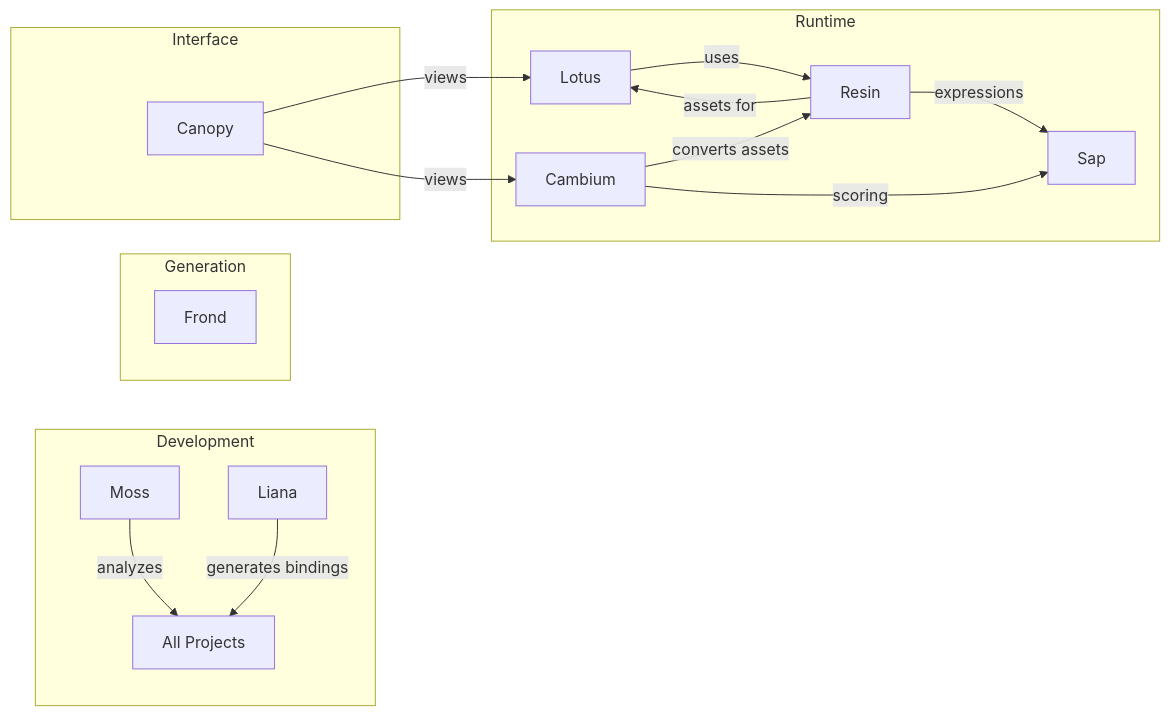
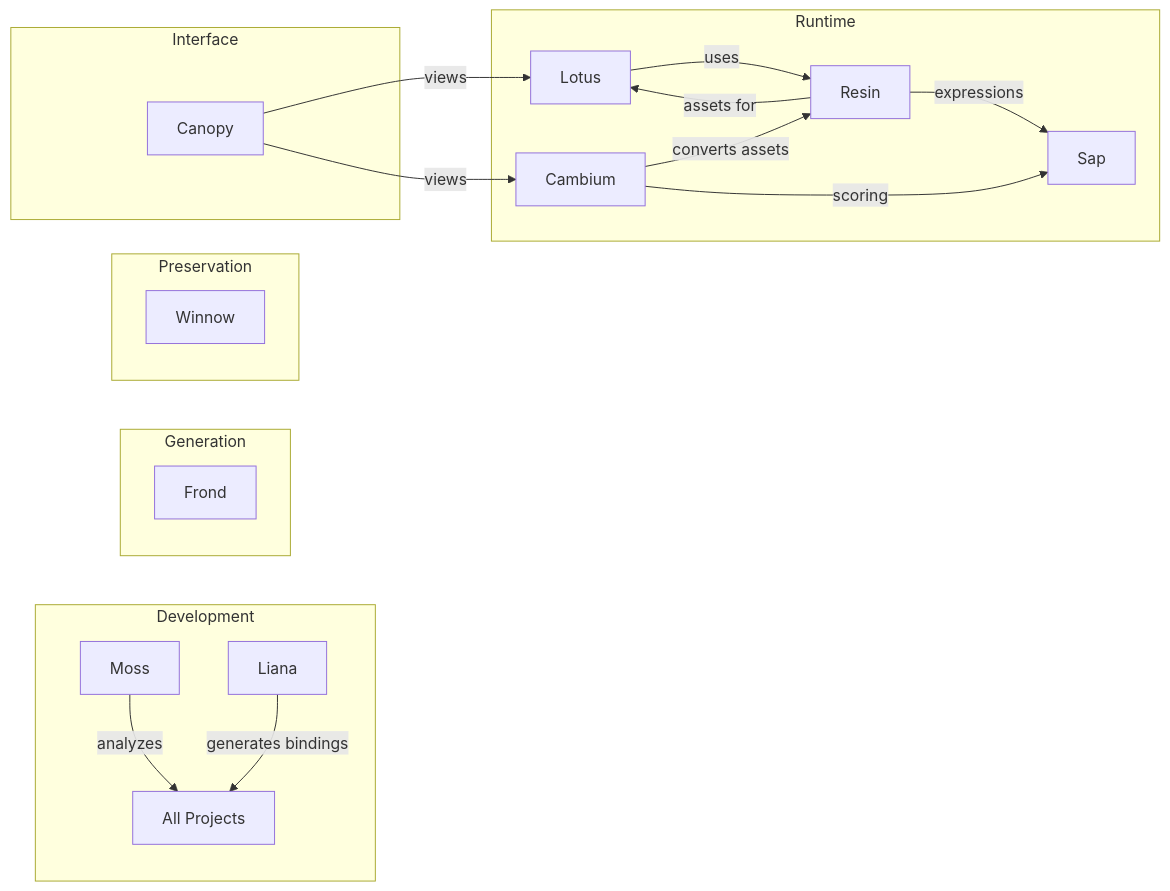
The diagram in docs/about.md (rhizome-lab/rhizome-lab.github.io), drawn with Mermaid before and after one commit. The commit also changed other lines of this file and 4 other files, not shown here.

````diff
--- a/docs/about.md
+++ b/docs/about.md
@@ -72,21 +73,24 @@
 ```mermaid
 graph LR
     subgraph "Development"
         M[Moss] --> |analyzes| ALL[All Projects]
         LI[Liana] --> |generates bindings| ALL
     end
     subgraph "Runtime"
         L[Lotus] --> |uses| R[Resin]
         R --> |expressions| S[Sap]
         R --> |assets for| L
         CA[Cambium] --> |converts assets| R
         CA --> |scoring| S
     end
     subgraph "Generation"
         F[Frond]
     end
+    subgraph "Preservation"
+        W[Winnow]
+    end
     subgraph "Interface"
         CN[Canopy] --> |views| L
         CN --> |views| CA
     end
 ```
````
